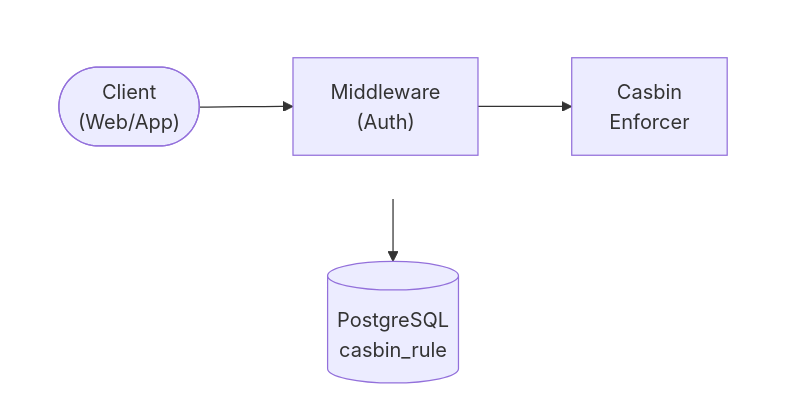
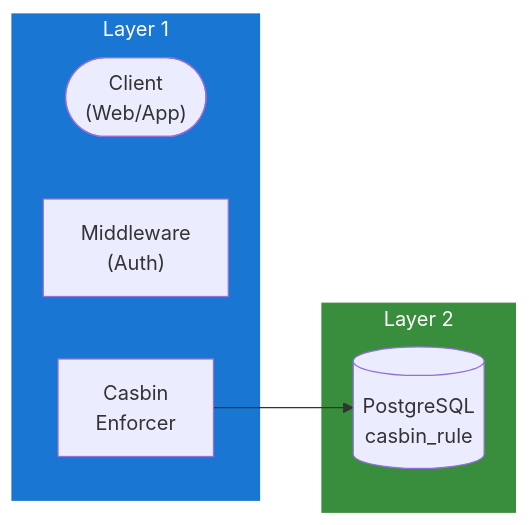
Before and after one commit to lusoris/revenge: the diagram in docs/dev/design/services/RBAC.md, drawn with Mermaid. The commit also changed 215 other files, not shown here.

First line of the commit message:
feat(diagrams): convert all ASCII diagrams to Mermaid with LR subgraphs

````diff
--- a/docs/dev/design/services/RBAC.md
+++ b/docs/dev/design/services/RBAC.md
@@ -60,16 +60,19 @@
 ```mermaid
-flowchart TD
-    subgraph row1[ ]
-        direction LR
+flowchart LR
+    subgraph Layer1["Layer 1"]
         node1(["Client<br/>(Web/App)"])
         node2["Middleware<br/>(Auth)"]
         node3["Casbin<br/>Enforcer"]
     end
-    node4[("PostgreSQL<br/>casbin_rule")]
-    node1 --> node2
-    node2 --> node3
+
+    subgraph Layer2["Layer 2"]
+        node4[("PostgreSQL<br/>casbin_rule")]
+    end
+
+    %% Connections
     node3 --> node4
 
-    %% Hide row subgraph borders
-    style row1 fill:transparent,stroke:transparent
+    %% Styling
+    style Layer1 fill:#1976D2,stroke:#1976D2,color:#fff
+    style Layer2 fill:#388E3C,stroke:#388E3C,color:#fff
 ```
````
